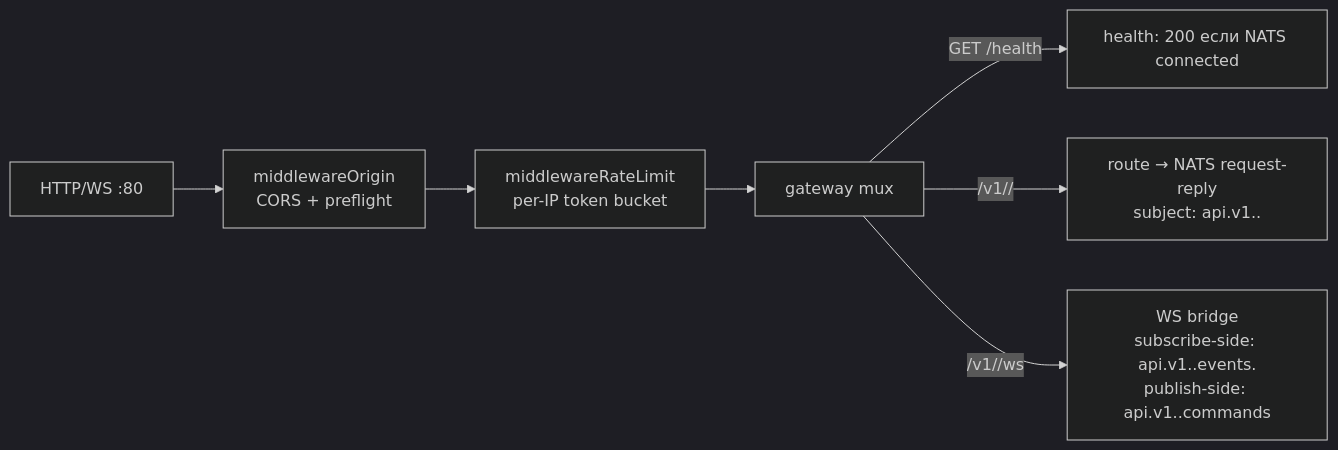
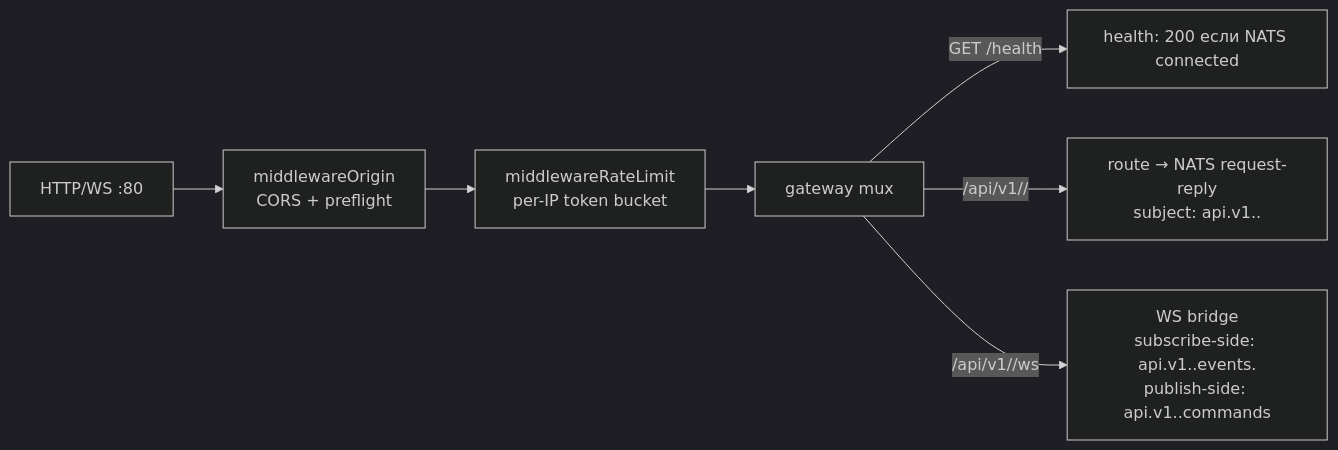
Before and after one commit to scit-io/asty: diagram 11 of 16 in .audit/TZ.md, drawn with Mermaid (dark theme). The commit also changed other lines of this file and 1 other file, not shown here.

````diff
--- a/.audit/TZ.md
+++ b/.audit/TZ.md
@@ -698,10 +714,10 @@
 ```mermaid
 flowchart LR
     Ext["HTTP/WS :80"]
     Ext --> O[middlewareOrigin<br/>CORS + preflight]
     O --> RL[middlewareRateLimit<br/>per-IP token bucket]
     RL --> Mux[gateway mux]
     Mux -->|GET /health| GH["health: 200 если NATS connected"]
-    Mux -->|/v1/<svc>/<method...>| Route["route → NATS request-reply<br/>subject: api.v1.<svc>.<method>"]
-    Mux -->|/v1/<svc>/ws| WS["WS bridge<br/>subscribe-side: api.v1.<svc>.events.<sessionID><br/>publish-side: api.v1.<svc>.commands"]
+    Mux -->|/api/v1/<svc>/<method...>| Route["route → NATS request-reply<br/>subject: api.v1.<svc>.<method>"]
+    Mux -->|/api/v1/<svc>/ws| WS["WS bridge<br/>subscribe-side: api.v1.<svc>.events.<sessionID><br/>publish-side: api.v1.<svc>.commands"]
 ```
````
